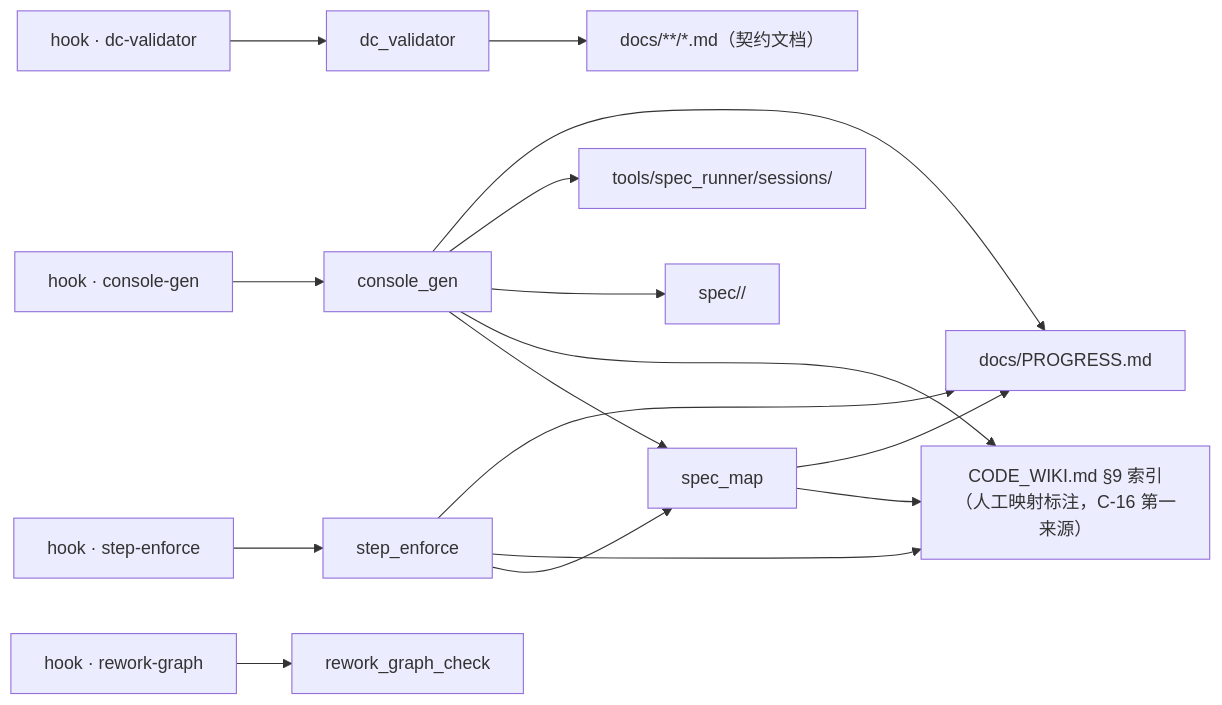
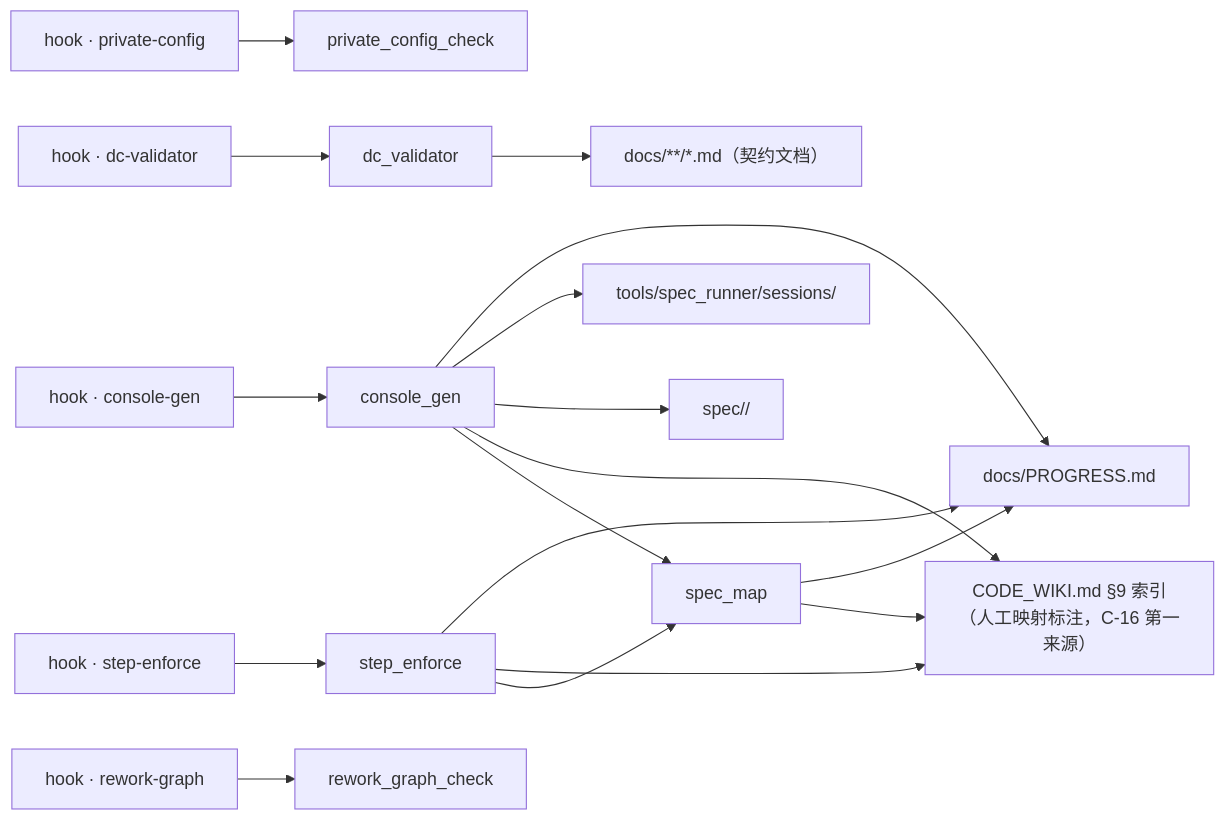
The second of 11 diagrams in docs/CONSOLE.md (StormstoutLau/AutoResearchClaw), drawn with Mermaid before and after one commit. The commit also changed other lines of this file and 16 other files, not shown here.

First line of the commit message:
chore(config): keep private endpoint details out of the repo

````diff
--- a/docs/CONSOLE.md
+++ b/docs/CONSOLE.md
@@ -57,18 +58,19 @@
 ```mermaid
 flowchart LR
+    H_private_config["hook · private-config"] --> private_config_check[private_config_check]
     H_dc_validator["hook · dc-validator"] --> dc_validator[dc_validator]
     H_step_enforce["hook · step-enforce"] --> step_enforce[step_enforce]
     H_console_gen["hook · console-gen"] --> console_gen[console_gen]
     H_rework_graph["hook · rework-graph"] --> rework_graph_check[rework_graph_check]
     console_gen[console_gen] --> TS_progress["docs/PROGRESS.md"]
     console_gen[console_gen] --> TS_sessions["tools/spec_runner/sessions/"]
     console_gen[console_gen] --> TS_spec["spec/<feature>/"]
     console_gen[console_gen] --> TS_wiki["CODE_WIKI.md §9 索引（人工映射标注，C-16 第一来源）"]
     dc_validator[dc_validator] --> TS_md["docs/**/*.md（契约文档）"]
     spec_map[spec_map] --> TS_progress["docs/PROGRESS.md"]
     spec_map[spec_map] --> TS_wiki["CODE_WIKI.md §9 索引（人工映射标注，C-16 第一来源）"]
     step_enforce[step_enforce] --> TS_progress["docs/PROGRESS.md"]
     step_enforce[step_enforce] --> TS_wiki["CODE_WIKI.md §9 索引（人工映射标注，C-16 第一来源）"]
     console_gen --> spec_map
     step_enforce --> spec_map
 ```
````
